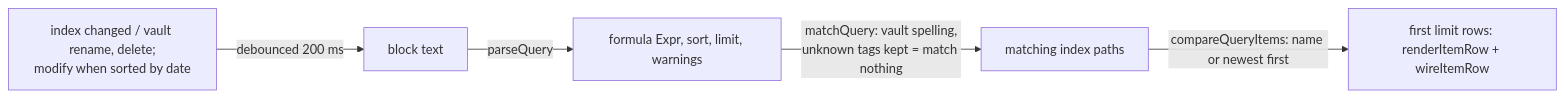
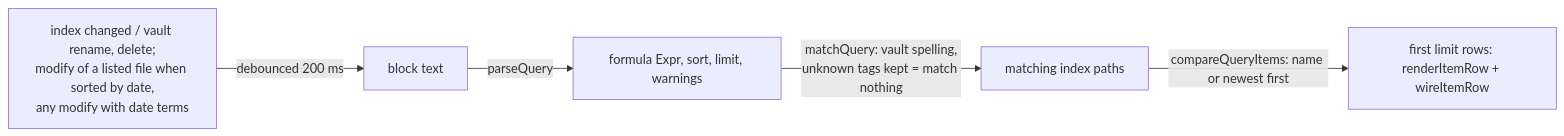
One commit to AlbanMontaigu/obsidian changed the fourth of 11 diagrams in plugins/tag-everything/docs/architecture.md. Above: the diagram before and after it, drawn with Mermaid. The commit also changed other lines of this file and 15 other files, not shown here.

````diff
--- a/plugins/tag-everything/docs/architecture.md
+++ b/plugins/tag-everything/docs/architecture.md
@@ -160,7 +160,7 @@
 ```mermaid
 flowchart LR
   src[block text] -->|parseQuery| q[formula Expr, sort, limit, warnings]
   q -->|matchQuery: vault spelling,<br/>unknown tags kept = match nothing| paths[matching index paths]
   paths -->|compareQueryItems: name or newest first| rows[first limit rows: renderItemRow + wireItemRow]
-  ev[index changed / vault rename, delete;<br/>modify when sorted by date] -->|debounced 200 ms| src
+  ev[index changed / vault rename, delete;<br/>modify of a listed file when sorted by date,<br/>any modify with date terms] -->|debounced 200 ms| src
 ```
````
